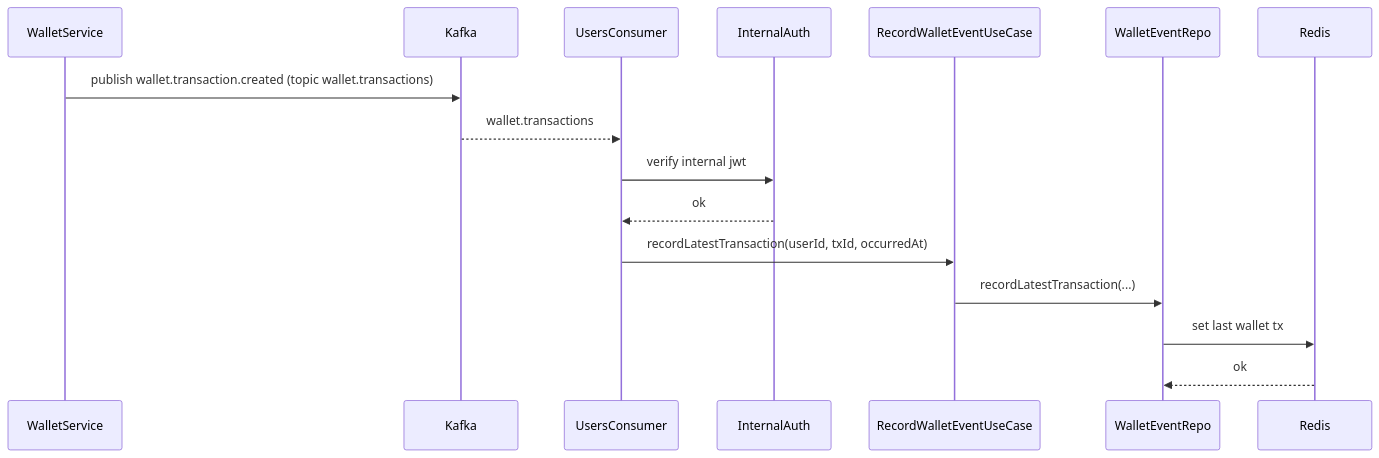
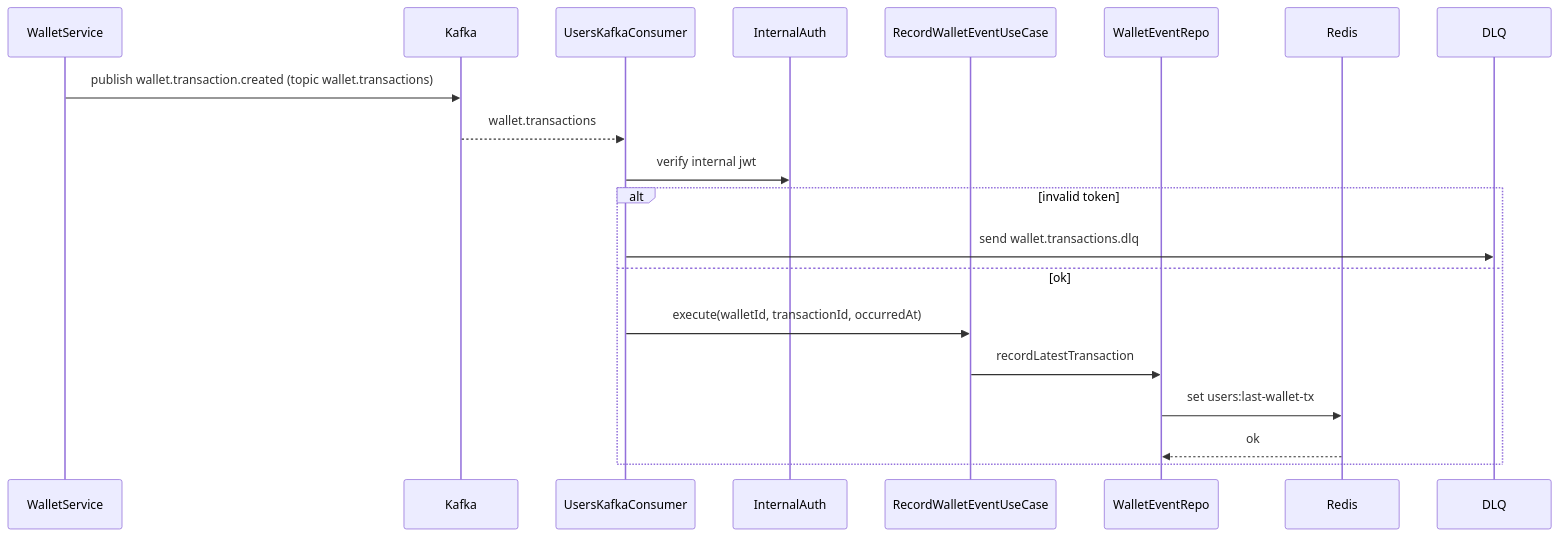
One commit to rodrigocardosodev/ilia-nodejs-challenge changed the seventh of 7 diagrams in README.md. Above: the diagram before and after it, drawn with Mermaid. The commit also changed other lines of this file and 36 other files, not shown here.

````diff
--- a/README.md
+++ b/README.md
@@ -316,19 +320,23 @@
 ```mermaid
 sequenceDiagram
     participant WalletService
     participant Kafka
-    participant UsersConsumer
+    participant UsersKafkaConsumer
     participant InternalAuth
     participant RecordWalletEventUseCase
     participant WalletEventRepo
     participant Redis
+    participant DLQ
 
     WalletService->>Kafka: publish wallet.transaction.created (topic wallet.transactions)
-    Kafka-->>UsersConsumer: wallet.transactions
-    UsersConsumer->>InternalAuth: verify internal jwt
-    InternalAuth-->>UsersConsumer: ok
-    UsersConsumer->>RecordWalletEventUseCase: recordLatestTransaction(userId, txId, occurredAt)
-    RecordWalletEventUseCase->>WalletEventRepo: recordLatestTransaction(...)
-    WalletEventRepo->>Redis: set last wallet tx
-    Redis-->>WalletEventRepo: ok
+    Kafka-->>UsersKafkaConsumer: wallet.transactions
+    UsersKafkaConsumer->>InternalAuth: verify internal jwt
+    alt invalid token
+        UsersKafkaConsumer->>DLQ: send wallet.transactions.dlq
+    else ok
+        UsersKafkaConsumer->>RecordWalletEventUseCase: execute(walletId, transactionId, occurredAt)
+        RecordWalletEventUseCase->>WalletEventRepo: recordLatestTransaction
+        WalletEventRepo->>Redis: set users:last-wallet-tx
+        Redis-->>WalletEventRepo: ok
+    end
 ```
````
